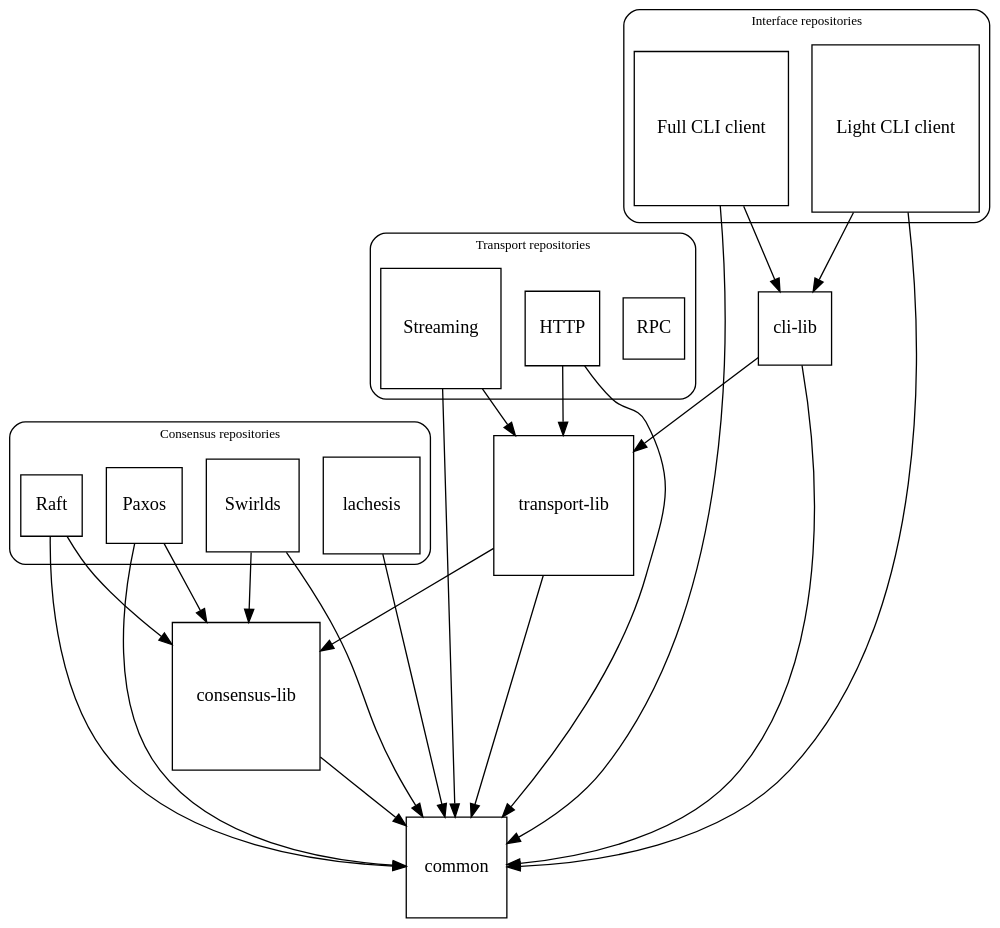
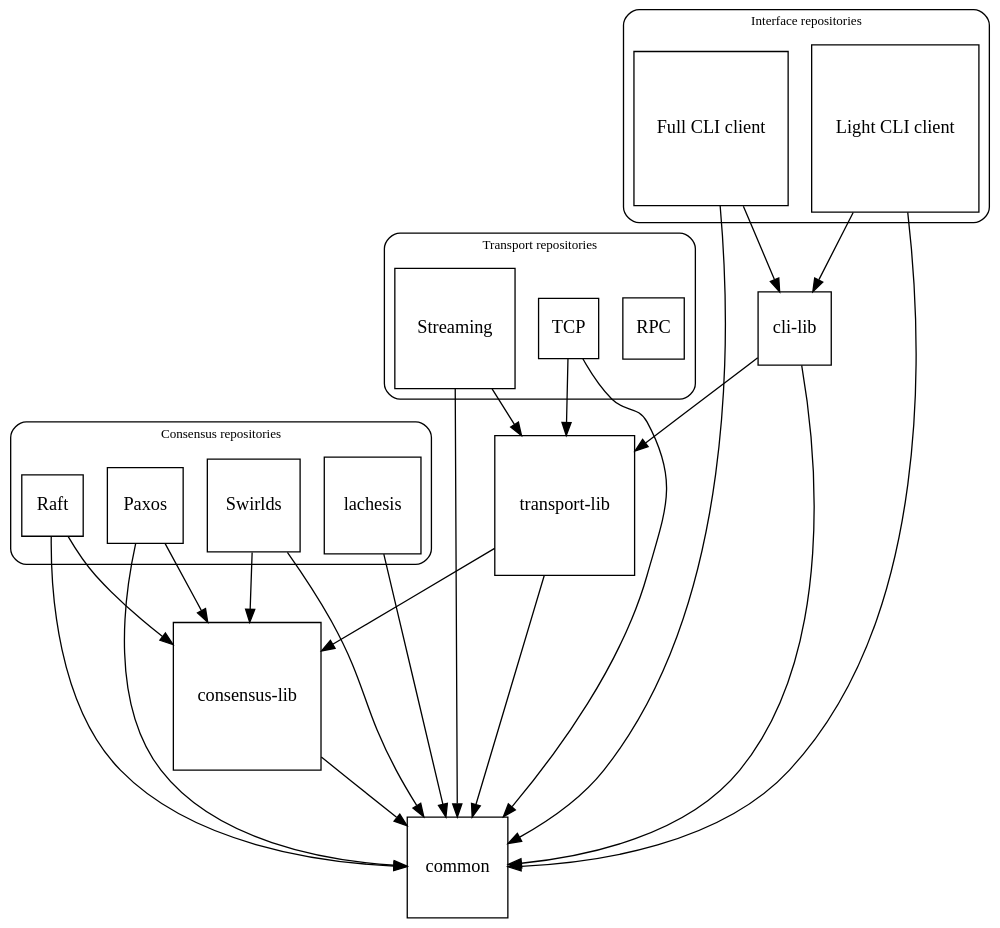
The diagram in repo-hierarchy.dot (Fantom-foundation/fantom-rs-architecture), drawn with Graphviz before and after one commit.

Commit message:
updated transport protocol

```diff
--- a/repo-hierarchy.dot
+++ b/repo-hierarchy.dot
@@ -1,67 +1,67 @@
 digraph {
     graph [fontsize=10 fontname="Verdana" compound=true];
     bgcolor=transparent;
 
     lach[label="lachesis", shape=square]
     raft[label="Raft", shape=square]
     paxos[label="Paxos", shape=square]
     rpc[label="RPC", shape=square]
     swirlds[label="Swirlds", shape=square]
-    http[label="HTTP", shape=square]
+    tcp[label="TCP", shape=square]
     streaming[label="Streaming", shape=square]
     light[label="Light CLI client", shape=square]
     full[label="Full CLI client", shape=square]
     common[shape=square,fillcolor="white",style="filled"]
     cons_lib[shape=square,label="consensus-lib",fillcolor="white",style="filled"]
     trans_lib[shape=square,label="transport-lib",fillcolor="white",style="filled"]
     cli_lib[shape=square,label="cli-lib",fillcolor="white",style="filled"]
 
     lach -> common
     cons_lib -> common
     raft -> cons_lib
     raft -> common
     paxos -> common
     paxos -> cons_lib
     swirlds -> common
     swirlds -> cons_lib
 
     subgraph cluster_consensus {
         bgcolor=white;
         style="rounded"
         labelloc="t";
         label="Consensus repositories";
         {rank=same lach raft paxos swirlds}
     }
 
     subgraph cluster_protocol {
         bgcolor=white;
         style="rounded"
         labelloc="t";
         label="Transport repositories";
         rank=same;
-        rpc http streaming
+        rpc tcp streaming
     }
 
     subgraph cluster_interface {
         bgcolor=white;
         style="rounded"
         labelloc="interface";
         label="Interface repositories";
         rank=same;
         light full
     }
 
     streaming -> common
-    http -> common
+    tcp -> common
     streaming -> trans_lib
-    http -> trans_lib
+    tcp -> trans_lib
     trans_lib -> common
     trans_lib  -> cons_lib
 
     light -> common
     full -> common
     light -> cli_lib
     full -> cli_lib
     cli_lib -> common
     cli_lib -> trans_lib
 }
```
